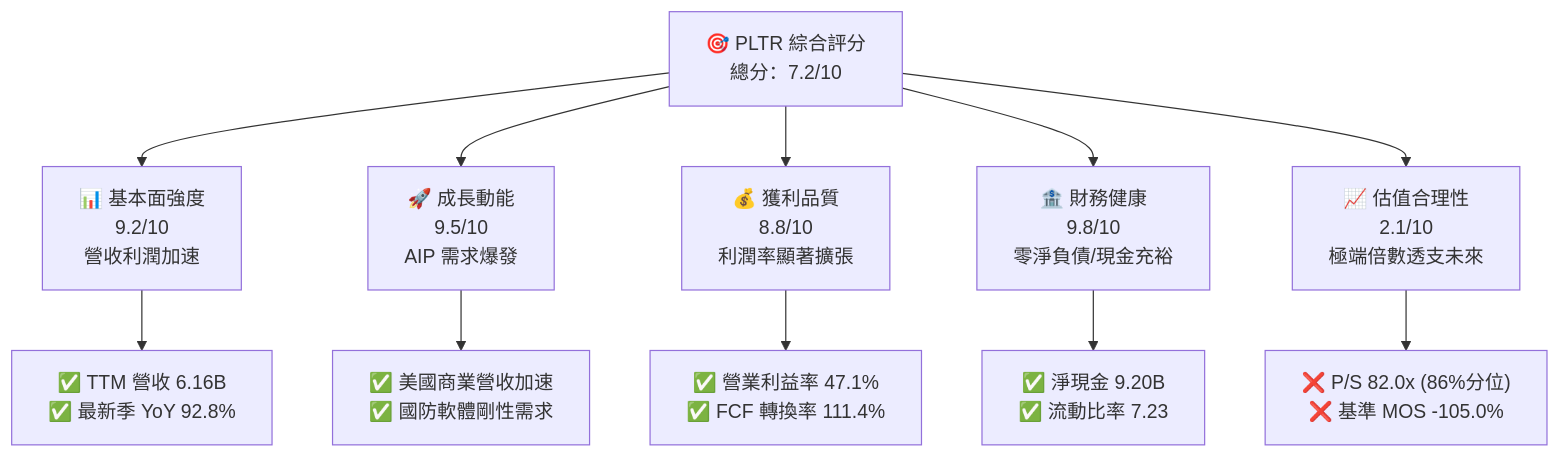
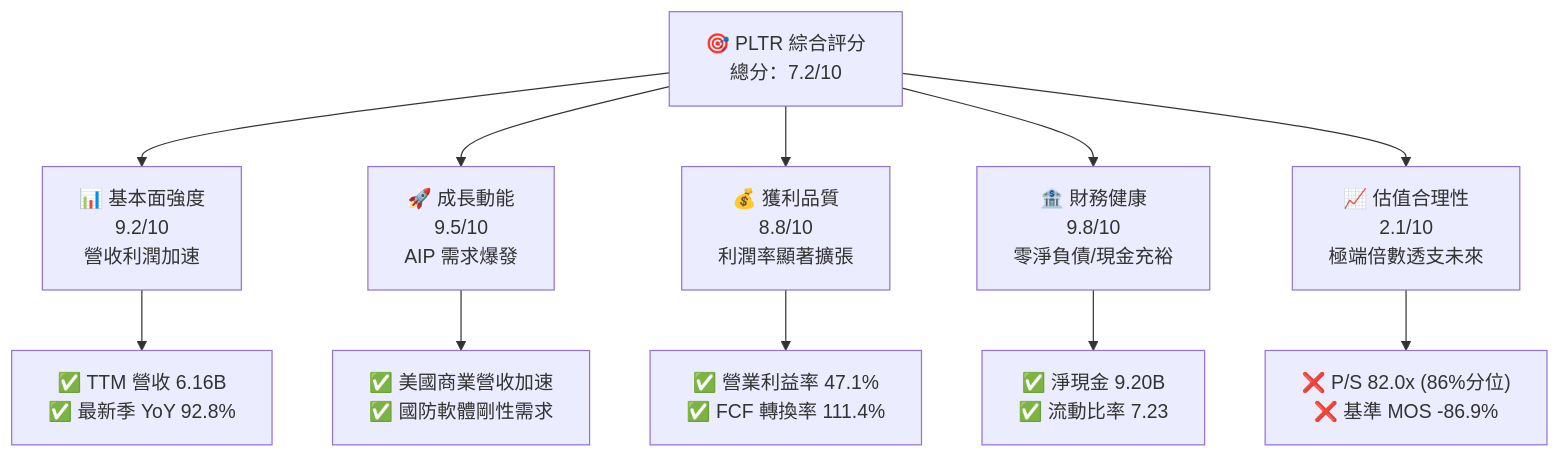
Before and after one commit to yennanliu/finance_data: the first of 15 diagrams in ai_gen_report/fundamental/pltr/fundamental_analysis_2026-10-29_gemini.md, drawn with Mermaid. The commit also changed other lines of this file and 43 other files, not shown here.

````diff
--- a/ai_gen_report/fundamental/pltr/fundamental_analysis_2026-10-29_gemini.md
+++ b/ai_gen_report/fundamental/pltr/fundamental_analysis_2026-10-29_gemini.md
@@ -73,22 +73,22 @@
 ```mermaid
 graph TD
     PLTR["🎯 PLTR 綜合評分<br/>總分：7.2/10"]
 
     F["📊 基本面強度<br/>9.2/10<br/>營收利潤加速"]
     G["🚀 成長動能<br/>9.5/10<br/>AIP 需求爆發"]
     P["💰 獲利品質<br/>8.8/10<br/>利潤率顯著擴張"]
     B["🏦 財務健康<br/>9.8/10<br/>零淨負債/現金充裕"]
     V["📈 估值合理性<br/>2.1/10<br/>極端倍數透支未來"]
 
     PLTR --> F
     PLTR --> G
     PLTR --> P
     PLTR --> B
     PLTR --> V
 
     F --> F1["✅ TTM 營收 6.16B<br/>✅ 最新季 YoY 92.8%"]
     G --> G1["✅ 美國商業營收加速<br/>✅ 國防軟體剛性需求"]
     P --> P1["✅ 營業利益率 47.1%<br/>✅ FCF 轉換率 111.4%"]
     B --> B1["✅ 淨現金 9.20B<br/>✅ 流動比率 7.23"]
-    V --> V1["❌ P/S 82.0x (86%分位)<br/>❌ 基準 MOS -105.0%"]
+    V --> V1["❌ P/S 82.0x (86%分位)<br/>❌ 基準 MOS -86.9%"]
 ```
````
